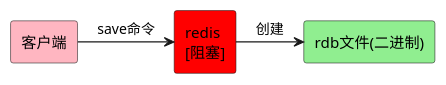
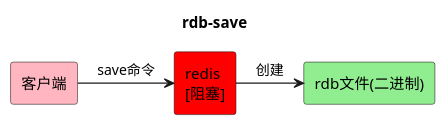
The third of 10 diagrams in redis/02-persistence/assets.wsd (zhangxishuo/knowledge), drawn with PlantUML before and after one commit. The commit also changed other lines of this file and 10 other files, not shown here.

```diff
--- a/redis/02-persistence/assets.wsd
+++ b/redis/02-persistence/assets.wsd
@@ -19,10 +21,11 @@
 @startuml
+title rdb-save
 skinparam style strictuml
 
 rectangle "客户端" as client #lightpink
 rectangle "redis\n[阻塞]" as redis #red
 rectangle "rdb文件(二进制)" as rdb #lightgreen
 
 client -right-> redis: save命令
 redis -right-> rdb: 创建
 @enduml
```
